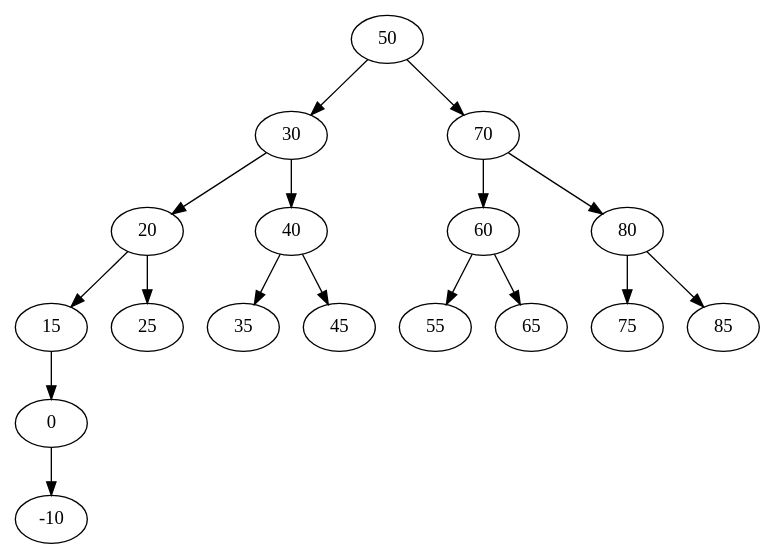
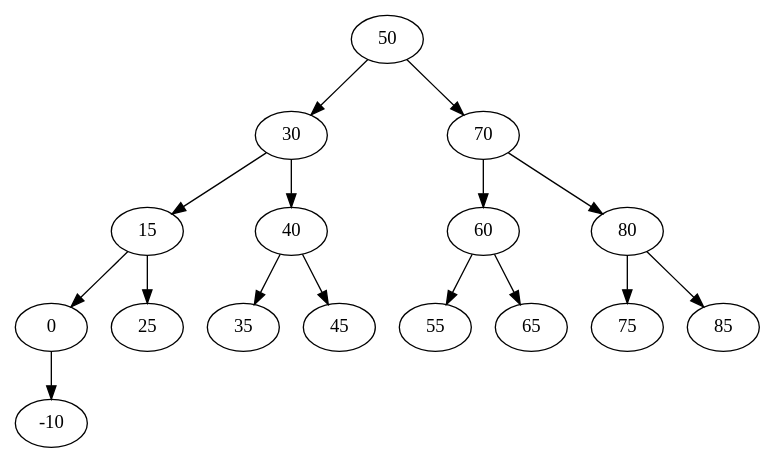
The diagram in tree.dot (LirrK/algorithms-2), drawn with Graphviz before and after one commit. The commit also changed 1 other file, not shown here.

```diff
--- a/tree.dot
+++ b/tree.dot
@@ -1,20 +1,19 @@
 digraph T {
 
 50->30;
-30->20;
-20->15;
+30->15;
 15->0;
 0->-10;
-20->25;
+15->25;
 30->40;
 40->35;
 40->45;
 50->70;
 70->60;
 60->55;
 60->65;
 70->80;
 80->75;
 80->85;
 
 }
```
